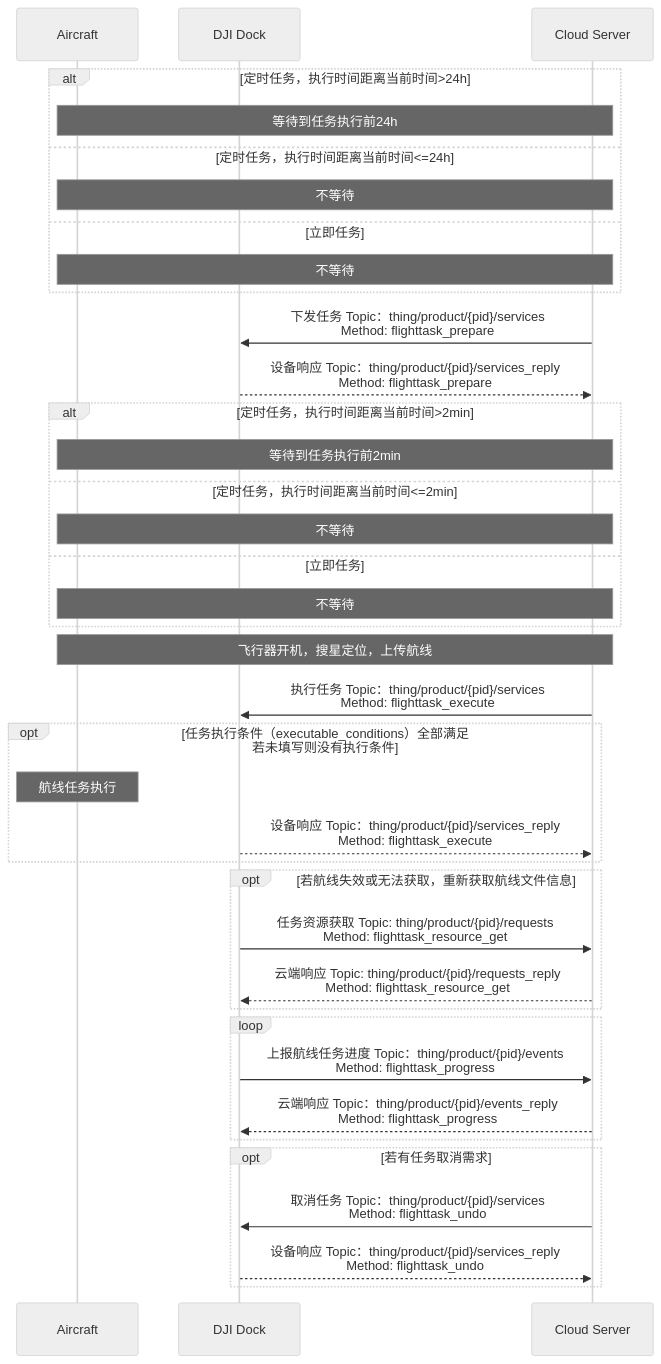
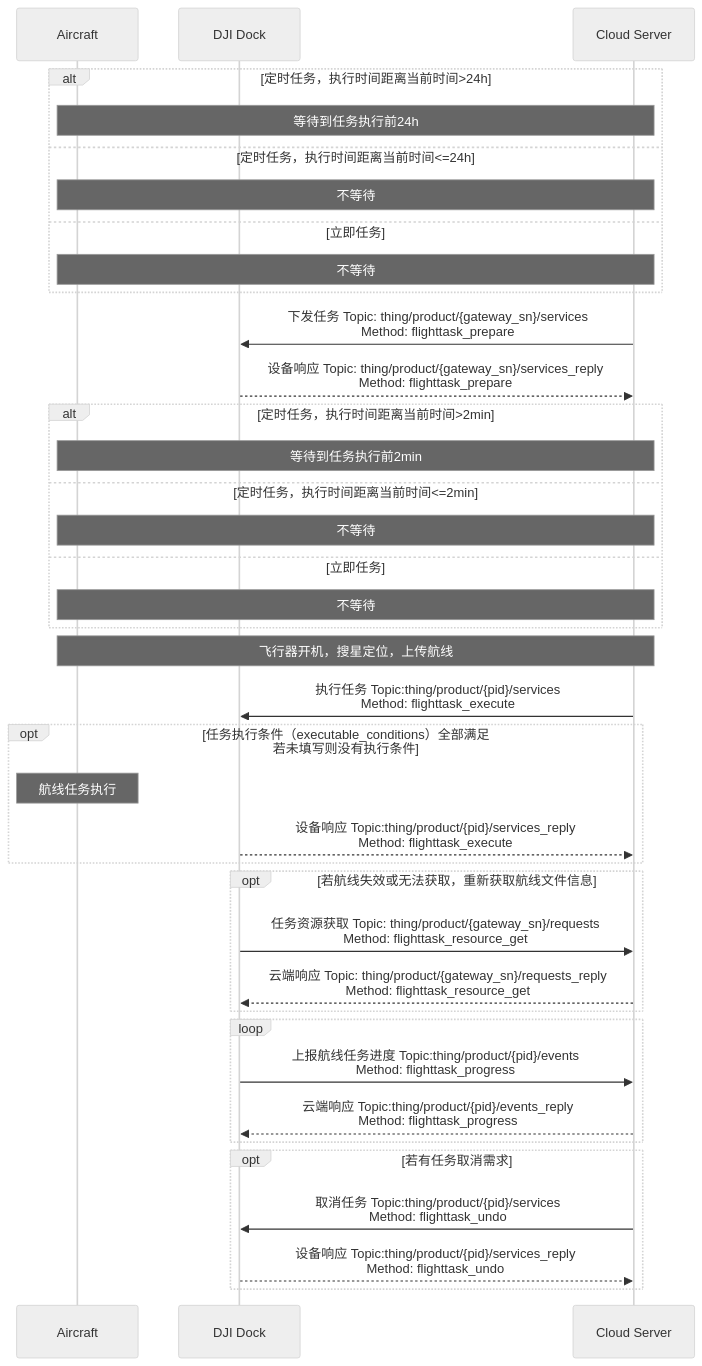
One commit to dji-sdk/Cloud-API-Doc changed the first of 2 diagrams in docs/cn/30.feature-set/20.dock-feature-set/50.dock-wayline-management.md. Above: the diagram before and after it, drawn with Mermaid (neutral theme). The commit also changed other lines of this file and 72 other files, not shown here.

````diff
--- a/docs/cn/30.feature-set/20.dock-feature-set/50.dock-wayline-management.md
+++ b/docs/cn/30.feature-set/20.dock-feature-set/50.dock-wayline-management.md
@@ -15,49 +15,49 @@
 ```mermaid
 sequenceDiagram
 
 participant object as Aircraft
 participant client as DJI Dock
 participant server as Cloud Server
 
 alt 定时任务，执行时间距离当前时间>24h
 note over object,server: 等待到任务执行前24h
 else 定时任务，执行时间距离当前时间<=24h
 note over object,server: 不等待
 else 立即任务
 note over object,server: 不等待
 end
 
-server ->> client: 下发任务 Topic：thing/product/{pid}/services<br/>Method: flighttask_prepare
-client -->> server: 设备响应 Topic：thing/product/{pid}/services_reply<br/>Method: flighttask_prepare
+server ->> client: 下发任务 Topic: thing/product/{gateway_sn}/services<br/>Method: flighttask_prepare
+client -->> server: 设备响应 Topic: thing/product/{gateway_sn}/services_reply<br/>Method: flighttask_prepare
 
 alt 定时任务，执行时间距离当前时间>2min
 note over object,server: 等待到任务执行前2min
 else 定时任务，执行时间距离当前时间<=2min
 note over object,server: 不等待
 else 立即任务
 note over object,server: 不等待
 end
 
 note over object,server: 飞行器开机，搜星定位，上传航线
 
-server ->> client: 执行任务 Topic：thing/product/{pid}/services<br/>Method: flighttask_execute
+server ->> client: 执行任务 Topic:thing/product/{pid}/services<br/>Method: flighttask_execute
 opt 任务执行条件（executable_conditions）全部满足<br/>若未填写则没有执行条件
 note over object: 航线任务执行
-client -->> server: 设备响应 Topic：thing/product/{pid}/services_reply<br/>Method: flighttask_execute
+client -->> server: 设备响应 Topic:thing/product/{pid}/services_reply<br/>Method: flighttask_execute
 end
 
 opt 若航线失效或无法获取，重新获取航线文件信息
-client ->> server: 任务资源获取 Topic: thing/product/{pid}/requests<br/>Method: flighttask_resource_get
-server -->> client: 云端响应 Topic: thing/product/{pid}/requests_reply<br/>Method: flighttask_resource_get
+client ->> server: 任务资源获取 Topic: thing/product/{gateway_sn}/requests<br/>Method: flighttask_resource_get
+server -->> client: 云端响应 Topic: thing/product/{gateway_sn}/requests_reply<br/>Method: flighttask_resource_get
 end
 
 loop
-client ->> server: 上报航线任务进度 Topic：thing/product/{pid}/events<br/>Method: flighttask_progress
-server -->> client: 云端响应 Topic：thing/product/{pid}/events_reply<br/>Method: flighttask_progress
+client ->> server: 上报航线任务进度 Topic:thing/product/{pid}/events<br/>Method: flighttask_progress
+server -->> client: 云端响应 Topic:thing/product/{pid}/events_reply<br/>Method: flighttask_progress
 end
 
 opt 若有任务取消需求
-server ->> client: 取消任务 Topic：thing/product/{pid}/services<br/>Method: flighttask_undo
-client -->> server: 设备响应 Topic：thing/product/{pid}/services_reply<br/>Method: flighttask_undo
+server ->> client: 取消任务 Topic:thing/product/{pid}/services<br/>Method: flighttask_undo
+client -->> server: 设备响应 Topic:thing/product/{pid}/services_reply<br/>Method: flighttask_undo
 end
 ```
````
